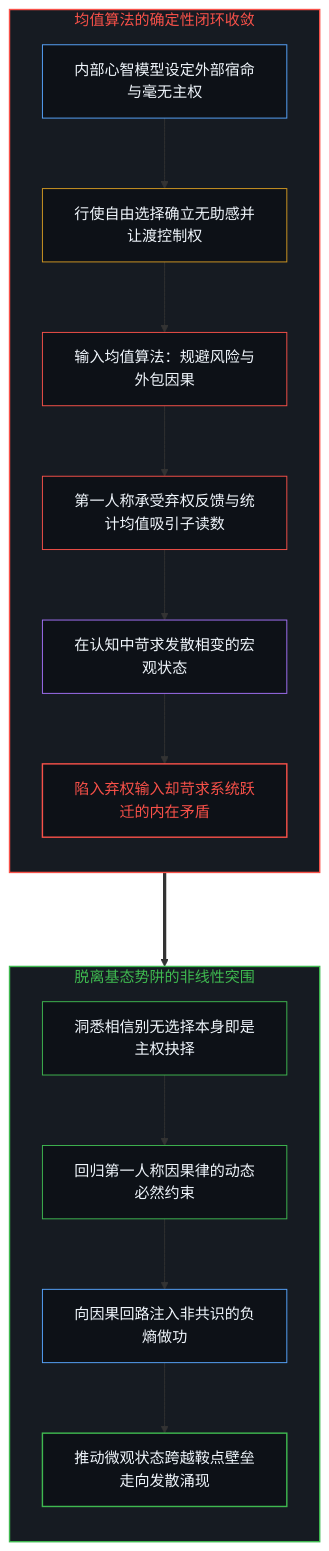
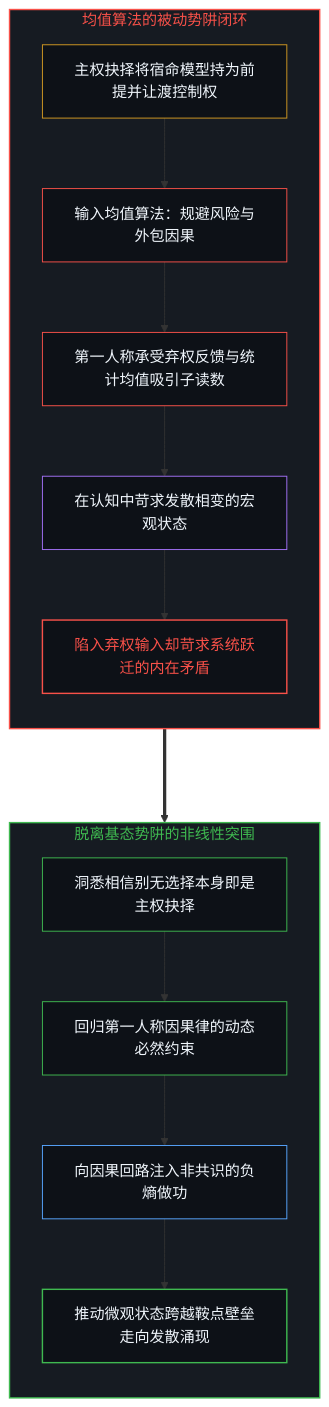
One commit to powerpig99/not-a-toe changed the third of 10 diagrams in content/posts/the-explanatory-trap-of-the-ordinary-perspective.md. Above: the diagram before and after it, drawn with Mermaid. The commit also changed other lines of this file and 4 other files, not shown here.

````diff
--- a/content/posts/the-explanatory-trap-of-the-ordinary-perspective.md
+++ b/content/posts/the-explanatory-trap-of-the-ordinary-perspective.md
@@ -89,30 +89,28 @@
 ```mermaid
 flowchart TD
-    subgraph S_MeanAttractor ["均值算法的确定性闭环收敛"]
+    subgraph S_MeanAttractor ["均值算法的被动势阱闭环"]
         direction TB
-        M_Model["内部心智模型设定外部宿命与毫无主权"] --> M_Choice["行使自由选择确立无助感并让渡控制权"]
-        M_Choice --> M_Input["输入均值算法：规避风险与外包因果"]
+        M_Choice["主权抉择将宿命模型持为前提并让渡控制权"] --> M_Input["输入均值算法：规避风险与外包因果"]
         M_Input --> M_Attractor["第一人称承受弃权反馈与统计均值吸引子读数"]
         M_Attractor --> M_Desire["在认知中苛求发散相变的宏观状态"]
         M_Desire --> M_Conflict["陷入弃权输入却苛求系统跃迁的内在矛盾"]
     end
     subgraph S_DivergentEngine ["脱离基态势阱的非线性突围"]
         direction TB
         D_Break["洞悉相信别无选择本身即是主权抉择"] --> D_Reclaim["回归第一人称因果律的动态必然约束"]
         D_Reclaim --> D_Input["向因果回路注入非共识的负熵做功"]
         D_Input --> D_Emerge["推动微观状态跨越鞍点壁垒走向发散涌现"]
     end
     M_Conflict ===> D_Break
     style S_MeanAttractor fill:#161b22,stroke:#f85149,stroke-width:1.5px,color:#f85149
     style S_DivergentEngine fill:#161b22,stroke:#3fb950,stroke-width:1.5px,color:#3fb950
-    style M_Model fill:#0d1117,stroke:#58a6ff,stroke-width:1px,color:#f0f6fc
     style M_Choice fill:#0d1117,stroke:#d29922,stroke-width:1px,color:#f0f6fc
     style M_Input fill:#0d1117,stroke:#f85149,stroke-width:1px,color:#f0f6fc
     style M_Attractor fill:#0d1117,stroke:#f85149,stroke-width:1px,color:#f0f6fc
     style M_Desire fill:#0d1117,stroke:#a371f7,stroke-width:1px,color:#f0f6fc
     style M_Conflict fill:#0d1117,stroke:#f85149,stroke-width:1.5px,color:#f85149
     style D_Break fill:#0d1117,stroke:#3fb950,stroke-width:1px,color:#f0f6fc
     style D_Reclaim fill:#0d1117,stroke:#3fb950,stroke-width:1px,color:#f0f6fc
     style D_Input fill:#0d1117,stroke:#58a6ff,stroke-width:1px,color:#f0f6fc
     style D_Emerge fill:#0d1117,stroke:#3fb950,stroke-width:1.5px,color:#f0f6fc
 ```
````
